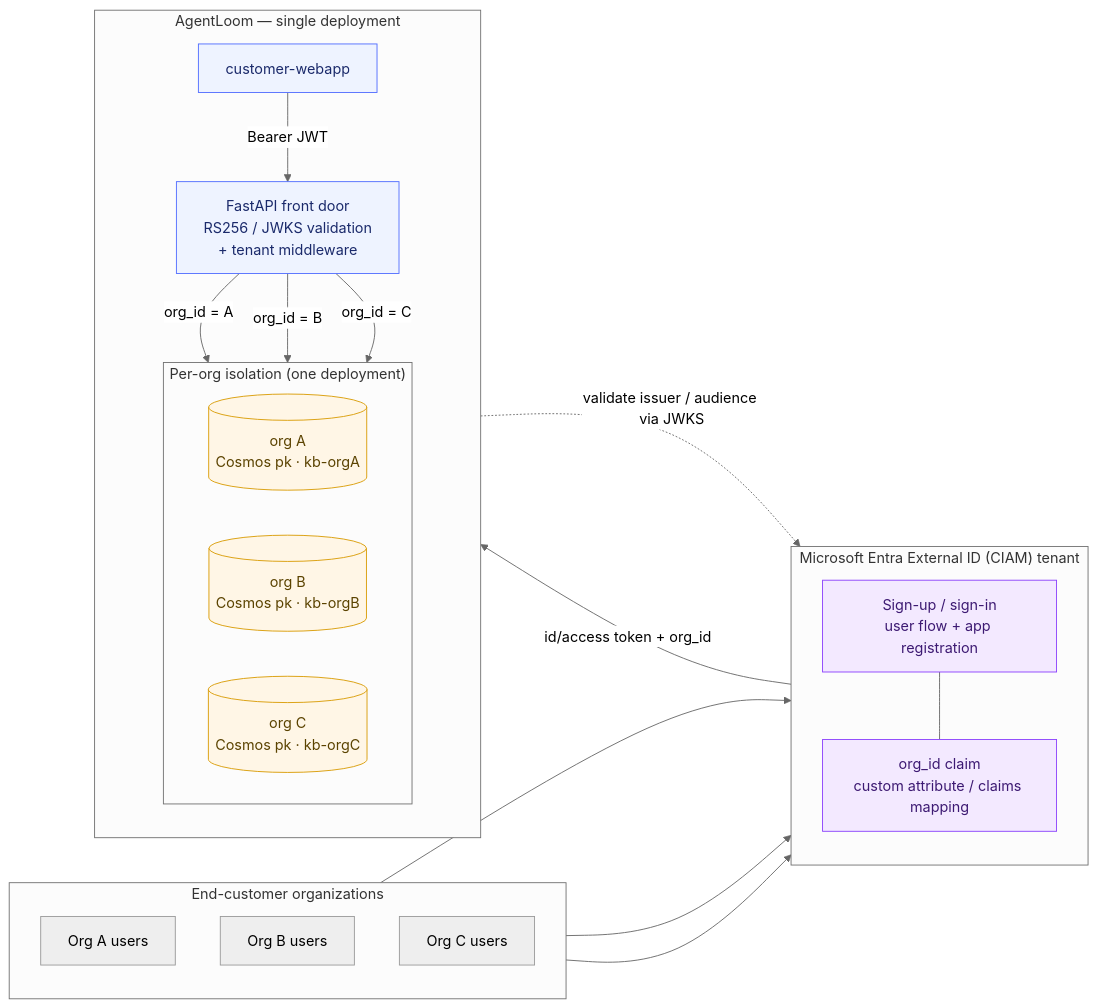
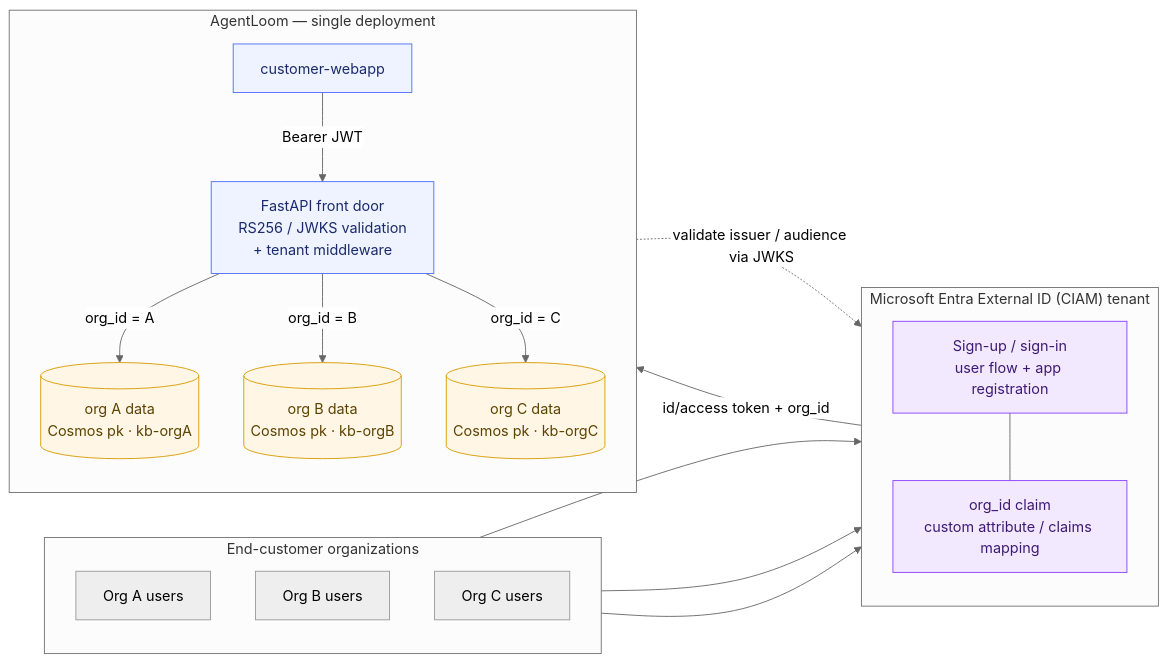
One commit to pietrobr/agent-loom changed the second of 2 diagrams in README.md. Above: the diagram before and after it, drawn with Mermaid (neutral theme).

Commit message:
feat: Update README to clarify data representation in architecture diagram

````diff
--- a/README.md
+++ b/README.md
@@ -120,45 +120,42 @@
 ```mermaid
 flowchart LR
     subgraph Orgs["End-customer organizations"]
       direction TB
       UA["Org A users"]
       UB["Org B users"]
       UC["Org C users"]
     end
 
     subgraph CIAM["Microsoft Entra External ID (CIAM) tenant"]
       direction TB
       UF["Sign-up / sign-in<br/>user flow + app registration"]
       CLAIM["org_id claim<br/>custom attribute / claims mapping"]
       UF --- CLAIM
     end
 
     subgraph Deploy["AgentLoom — single deployment"]
       direction TB
       FE["customer-webapp"]
       API["FastAPI front door<br/>RS256 / JWKS validation<br/>+ tenant middleware"]
-      subgraph Iso["Per-org isolation (one deployment)"]
-        direction LR
-        DA[("org A<br/>Cosmos pk · kb-orgA")]
-        DB[("org B<br/>Cosmos pk · kb-orgB")]
-        DC[("org C<br/>Cosmos pk · kb-orgC")]
-      end
+      DA[("org A data<br/>Cosmos pk · kb-orgA")]
+      DB[("org B data<br/>Cosmos pk · kb-orgB")]
+      DC[("org C data<br/>Cosmos pk · kb-orgC")]
     end
 
     UA --> UF
     UB --> UF
     UC --> UF
     CLAIM -- "id/access token + org_id" --> FE
     FE -- "Bearer JWT" --> API
     API -. "validate issuer / audience via JWKS" .-> CIAM
     API -- "org_id = A" --> DA
     API -- "org_id = B" --> DB
     API -- "org_id = C" --> DC
 
     classDef store fill:#fff6e6,stroke:#d89a00,color:#5b4300;
     classDef compute fill:#eef3ff,stroke:#4F6BFF,color:#1b2a6b;
     classDef idp fill:#f3e9ff,stroke:#8a3ffc,color:#3d1a73;
     class DA,DB,DC store;
     class FE,API compute;
     class UF,CLAIM idp;
 ```
````
